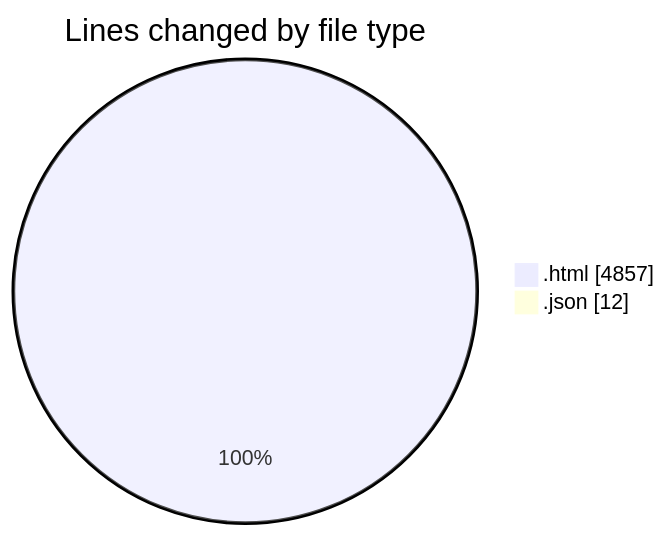
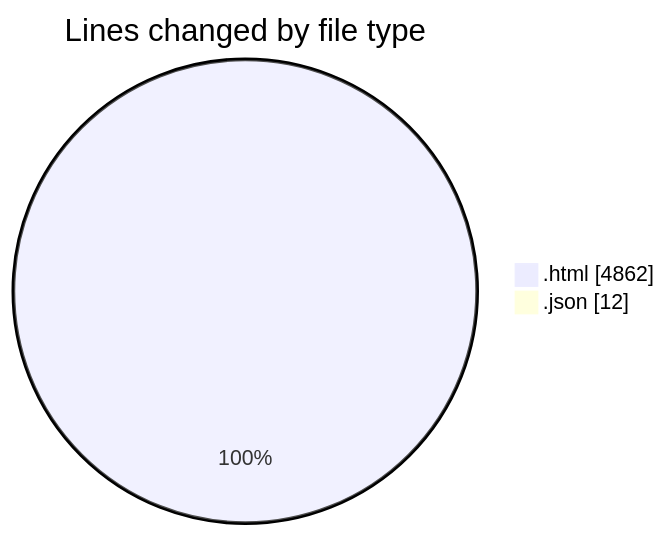
One commit to momahboobian/code-tracking changed the first of 2 diagrams in 2026-05-21/pdf_invoice/README.md. Above: the diagram before and after it, drawn with Mermaid. The commit also changed other lines of this file and 1 other file, not shown here.

````diff
--- a/2026-05-21/pdf_invoice/README.md
+++ b/2026-05-21/pdf_invoice/README.md
@@ -26,6 +26,6 @@
 ```mermaid
 pie showData
 title Lines changed by file type
-".html" : 4857
+".html" : 4862
 ".json" : 12
 ```
````
